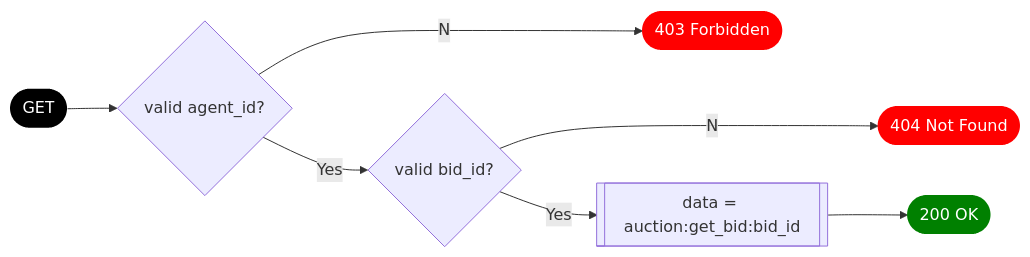
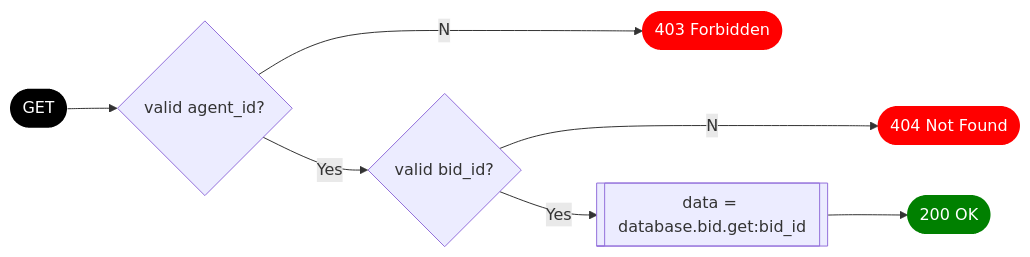
The third of 7 diagrams in docs/auction.md (aivanova5/design), drawn with Mermaid before and after one commit. The commit also changed other lines of this file, not shown here.

````diff
--- a/docs/auction.md
+++ b/docs/auction.md
@@ -288,13 +290,13 @@
 ```mermaid
 graph LR
   classDef start stroke-width:0px,fill:black,color:white
   classDef success fill:green,stroke-width:0px,color:white
   classDef error fill:red,stroke-width:0px,color:white
   
   enter([GET]):::start --> agent_ok{valid agent_id?}
   agent_ok --No--> code403([403 Forbidden]):::error
   agent_ok --Yes--> bid_ok{valid bid_id?}
   bid_ok --No--> code404([404 Not Found]):::error
-  bid_ok --Yes--> get_data[[data = auction:get_bid:bid_id]]
+  bid_ok --Yes--> get_data[[data = database.bid.get:bid_id]]
   get_data --> code200([200 OK]):::success
 ```
````
